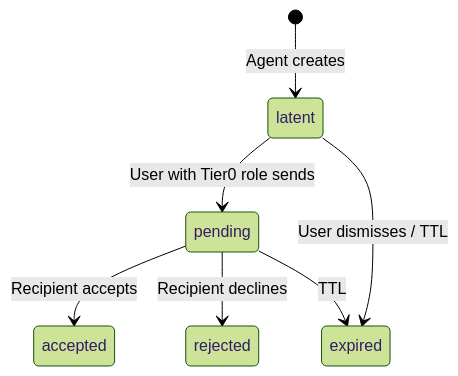
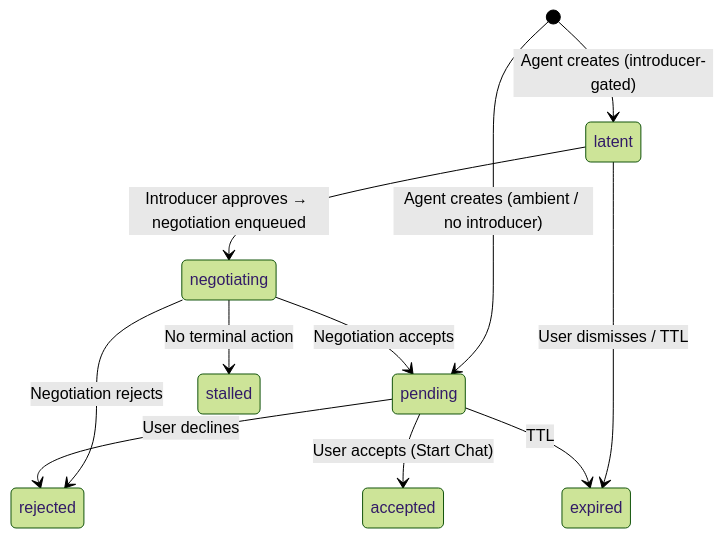
One commit to yanekyuk/index changed the fourth of 5 diagrams in packages/protocol/src/docs/Latent Opportunity Lifecycle.md. Above: the diagram before and after it, drawn with Mermaid (forest theme). The commit also changed other lines of this file, not shown here.

First line of the commit message:
docs(lifecycle): reconcile stale tier/send framing with approved-gated model

````diff
--- a/packages/protocol/src/docs/Latent Opportunity Lifecycle.md
+++ b/packages/protocol/src/docs/Latent Opportunity Lifecycle.md
@@ -153,9 +151,13 @@
 ```mermaid
 stateDiagram-v2
-    [*] --> latent: Agent creates
-    latent --> pending: User with Tier0 role sends
+    [*] --> latent: Agent creates (introducer-gated)
+    [*] --> pending: Agent creates (ambient / no introducer)
+    latent --> negotiating: Introducer approves → negotiation enqueued
     latent --> expired: User dismisses / TTL
-    pending --> accepted: Recipient accepts
-    pending --> rejected: Recipient declines
+    negotiating --> pending: Negotiation accepts
+    negotiating --> rejected: Negotiation rejects
+    negotiating --> stalled: No terminal action
+    pending --> accepted: User accepts (Start Chat)
+    pending --> rejected: User declines
     pending --> expired: TTL
 ```
````
